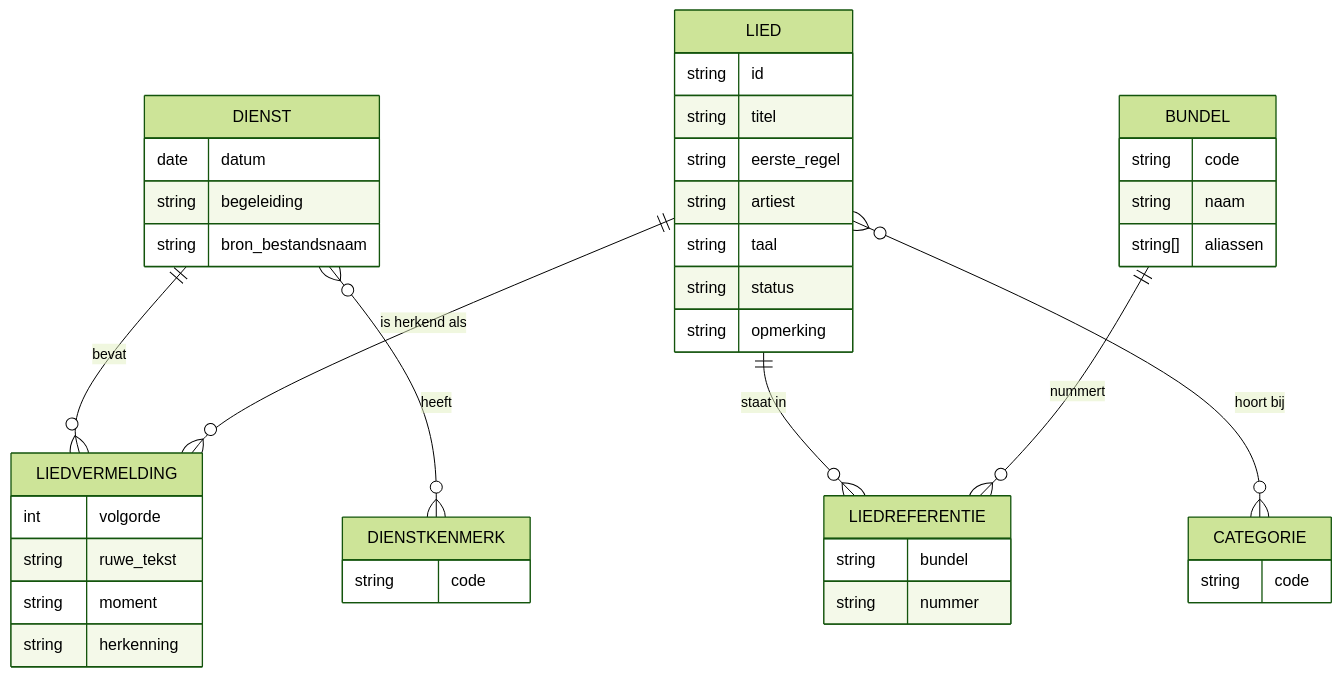
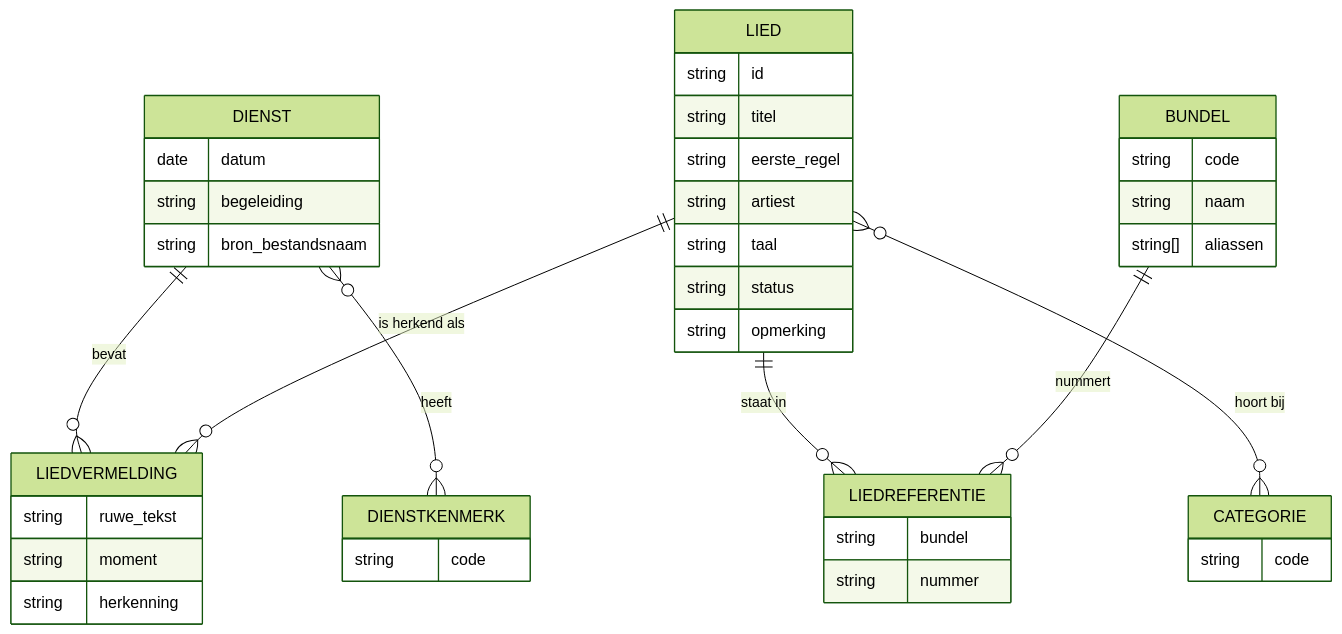
The first of 2 diagrams in docs/functioneel-ontwerp.md (gvanderploeg/liturgiestatistiek), drawn with Mermaid (forest theme) before and after one commit. The commit also changed other lines of this file and 42 other files, not shown here.

````diff
--- a/docs/functioneel-ontwerp.md
+++ b/docs/functioneel-ontwerp.md
@@ -130,45 +130,44 @@
 ```mermaid
 erDiagram
     DIENST ||--o{ LIEDVERMELDING : bevat
     LIED ||--o{ LIEDVERMELDING : "is herkend als"
     LIED ||--o{ LIEDREFERENTIE : "staat in"
     BUNDEL ||--o{ LIEDREFERENTIE : nummert
     LIED }o--o{ CATEGORIE : "hoort bij"
     DIENST }o--o{ DIENSTKENMERK : heeft
 
     DIENST {
         date datum
         string begeleiding
         string bron_bestandsnaam
     }
     DIENSTKENMERK {
         string code
     }
     LIEDVERMELDING {
-        int volgorde
         string ruwe_tekst
         string moment
         string herkenning
     }
     LIED {
         string id
         string titel
         string eerste_regel
         string artiest
         string taal
         string status
         string opmerking
     }
     LIEDREFERENTIE {
         string bundel
         string nummer
     }
     BUNDEL {
         string code
         string naam
         string[] aliassen
     }
     CATEGORIE {
         string code
     }
 ```
````
